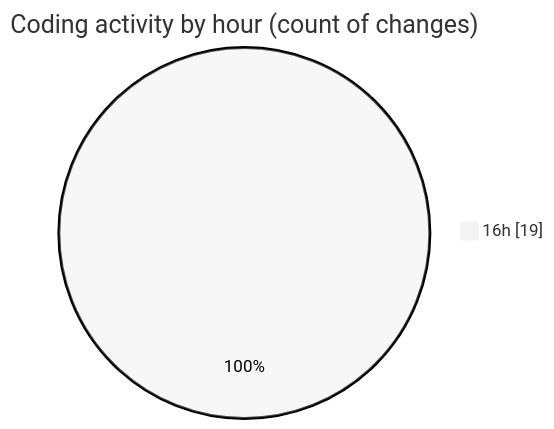
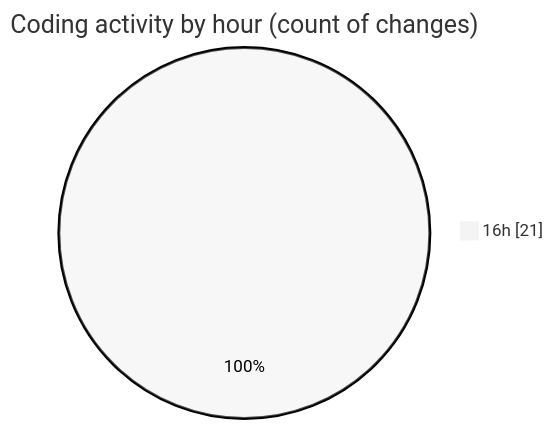
One commit to donsfak/code-tracking changed the second of 2 diagrams in 2025-01-26/trackers_app/README.md. Above: the diagram before and after it, drawn with Mermaid (neutral theme). The commit also changed other lines of this file and 1 other file, not shown here.

````diff
--- a/2025-01-26/trackers_app/README.md
+++ b/2025-01-26/trackers_app/README.md
@@ -32,5 +32,5 @@
 ```mermaid
 pie showData
 title Coding activity by hour (count of changes)
-"16h" : 19
+"16h" : 21
 ```
````
